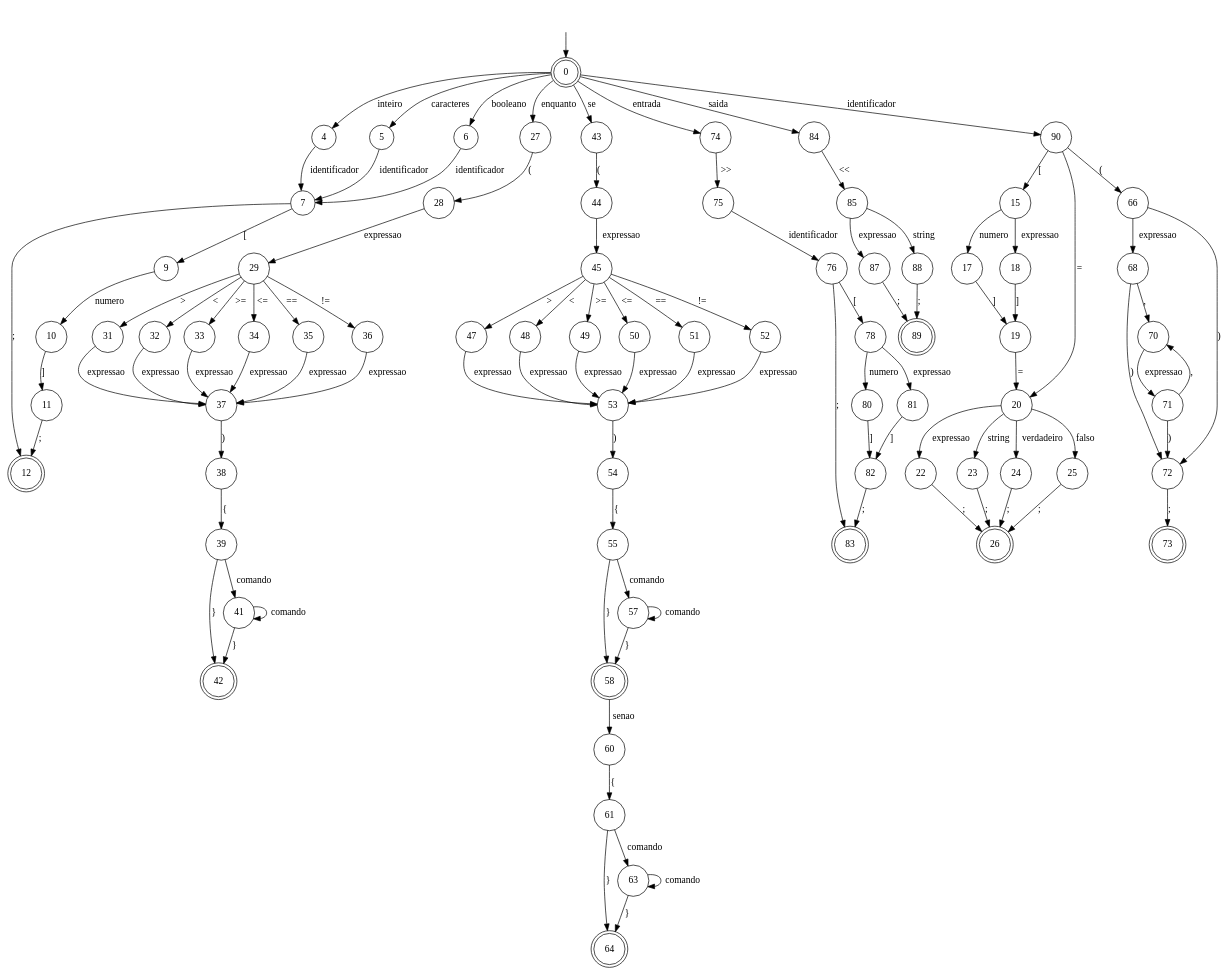
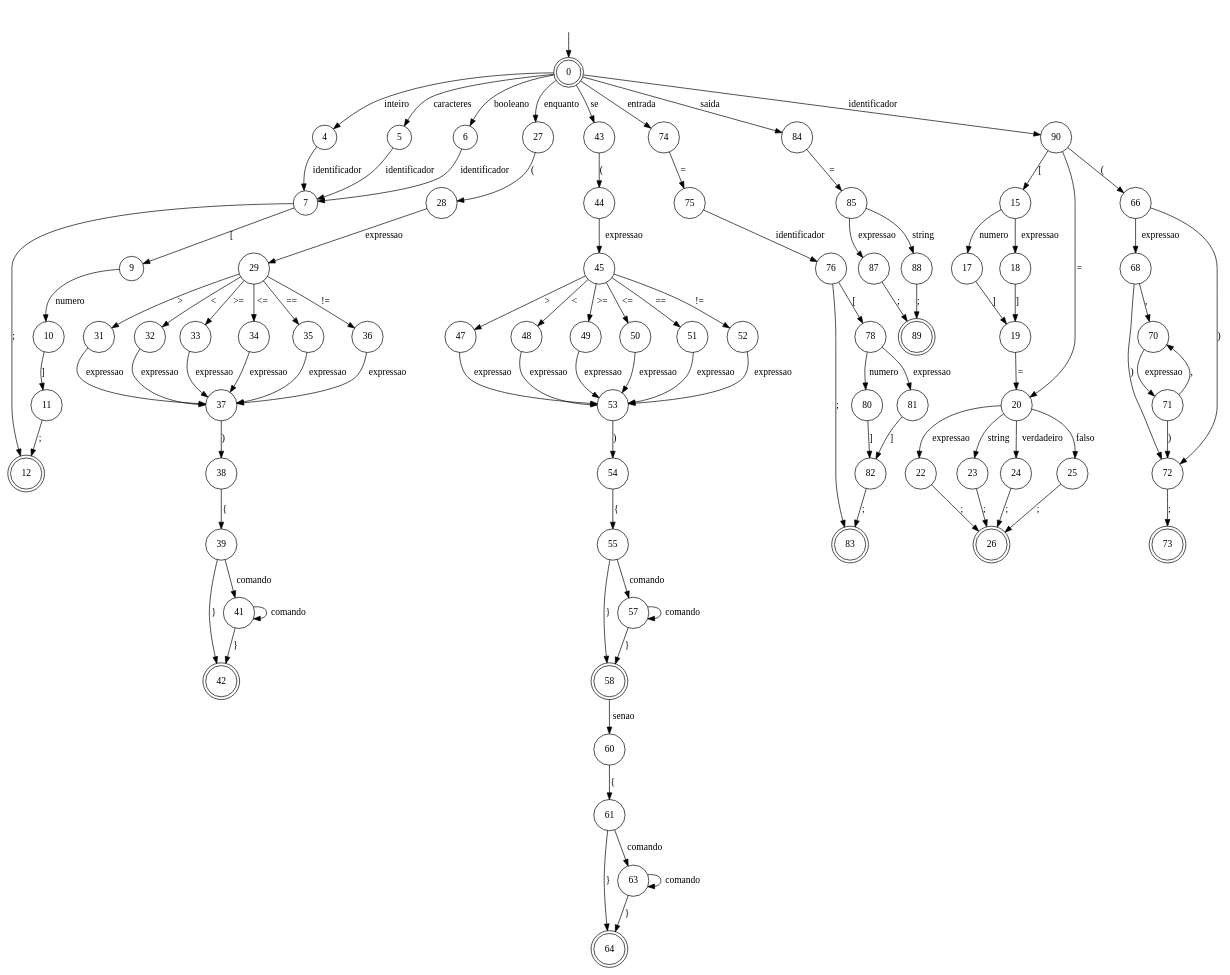
Before and after one commit to marianafranco/compilador-fm: the diagram in CompiladorFM/Documents/comando.dot, drawn with Graphviz. The commit also changed 12 other files, not shown here.

```diff
--- a/CompiladorFM/Documents/comando.dot
+++ b/CompiladorFM/Documents/comando.dot
@@ -1,108 +1,108 @@
 digraph comando {
 
 	null [shape = plaintext label=""];
 	node [shape = doublecircle] 0 12 26 42 58 64 73 83 89;
 	node [shape = circle];
 
 	null -> 0;
 	0 -> 4 [ label = "inteiro" ];
 	0 -> 5 [ label = "caracteres" ];
 	0 -> 6 [ label = "booleano" ];
 	0 -> 27 [ label = "enquanto" ];
 	0 -> 43 [ label = "se" ];
 	0 -> 74 [ label = "entrada" ];
 	0 -> 84 [ label = "saida" ];
 	0 -> 90 [ label = identificador ];
 	4 -> 7 [ label = identificador ];
 	5 -> 7 [ label = identificador ];
 	6 -> 7 [ label = identificador ];
 	7 -> 9 [ label = "[" ];
 	7 -> 12 [ label = ";" ];
 	9 -> 10 [ label = numero ];
 	10 -> 11 [ label = "]" ];
 	11 -> 12 [ label = ";" ];
 	15 -> 17 [ label = numero ];
 	15 -> 18 [ label = expressao ];
 	17 -> 19 [ label = "]" ];
 	18 -> 19 [ label = "]" ];
 	19 -> 20 [ label = "=" ];
 	20 -> 22 [ label = expressao ];
 	20 -> 23 [ label = string ];
 	20 -> 24 [ label = "verdadeiro" ];
 	20 -> 25 [ label = "falso" ];
 	22 -> 26 [ label = ";" ];
 	23 -> 26 [ label = ";" ];
 	24 -> 26 [ label = ";" ];
 	25 -> 26 [ label = ";" ];
 	27 -> 28 [ label = "(" ];
 	28 -> 29 [ label = expressao ];
 	29 -> 31 [ label = ">" ];
 	29 -> 32 [ label = "<" ];
 	29 -> 33 [ label = ">=" ];
 	29 -> 34 [ label = "<=" ];
 	29 -> 35 [ label = "==" ];
 	29 -> 36 [ label = "!=" ];
 	31 -> 37 [ label = expressao ];
 	32 -> 37 [ label = expressao ];
 	33 -> 37 [ label = expressao ];
 	34 -> 37 [ label = expressao ];
 	35 -> 37 [ label = expressao ];
 	36 -> 37 [ label = expressao ];
 	37 -> 38 [ label = ")" ];
 	38 -> 39 [ label = "{" ];
 	39 -> 41 [ label = comando ];
 	39 -> 42 [ label = "}" ];
 	41 -> 41 [ label = comando ];
 	41 -> 42 [ label = "}" ];
 	43 -> 44 [ label = "(" ];
 	44 -> 45 [ label = expressao ];
 	45 -> 47 [ label = ">" ];
 	45 -> 48 [ label = "<" ];
 	45 -> 49 [ label = ">=" ];
 	45 -> 50 [ label = "<=" ];
 	45 -> 51 [ label = "==" ];
 	45 -> 52 [ label = "!=" ];
 	47 -> 53 [ label = expressao ];
 	48 -> 53 [ label = expressao ];
 	49 -> 53 [ label = expressao ];
 	50 -> 53 [ label = expressao ];
 	51 -> 53 [ label = expressao ];
 	52 -> 53 [ label = expressao ];
 	53 -> 54 [ label = ")" ];
 	54 -> 55 [ label = "{" ];
 	55 -> 57 [ label = comando ];
 	55 -> 58 [ label = "}" ];
 	57 -> 57 [ label = comando ];
 	57 -> 58 [ label = "}" ];
 	58 -> 60 [ label = "senao" ];
 	60 -> 61 [ label = "{" ];
 	61 -> 63 [ label = comando ];
 	61 -> 64 [ label = "}" ];
 	63 -> 63 [ label = comando ];
 	63 -> 64 [ label = "}" ];
 	66 -> 68 [ label = expressao ];
 	66 -> 72 [ label = ")" ];
 	68 -> 70 [ label = "," ];
 	68 -> 72 [ label = ")" ];
 	70 -> 71 [ label = expressao ];
 	71 -> 70 [ label = "," ];
 	71 -> 72 [ label = ")" ];
 	72 -> 73 [ label = ";" ];
-	74 -> 75 [ label = ">>" ];
+	74 -> 75 [ label = "=" ];
 	75 -> 76 [ label = identificador ];
 	76 -> 78 [ label = "[" ];
 	76 -> 83 [ label = ";" ];
 	78 -> 80 [ label = numero ];
 	78 -> 81 [ label = expressao ];
 	80 -> 82 [ label = "]" ];
 	81 -> 82 [ label = "]" ];
 	82 -> 83 [ label = ";" ];
-	84 -> 85 [ label = "<<" ];
+	84 -> 85 [ label = "=" ];
 	85 -> 87 [ label = expressao ];
 	85 -> 88 [ label = string ];
 	87 -> 89 [ label = ";" ];
 	88 -> 89 [ label = ";" ];
 	90 -> 15 [ label = "[" ];
 	90 -> 20 [ label = "=" ];
 	90 -> 66 [ label = "(" ];
 }
```
